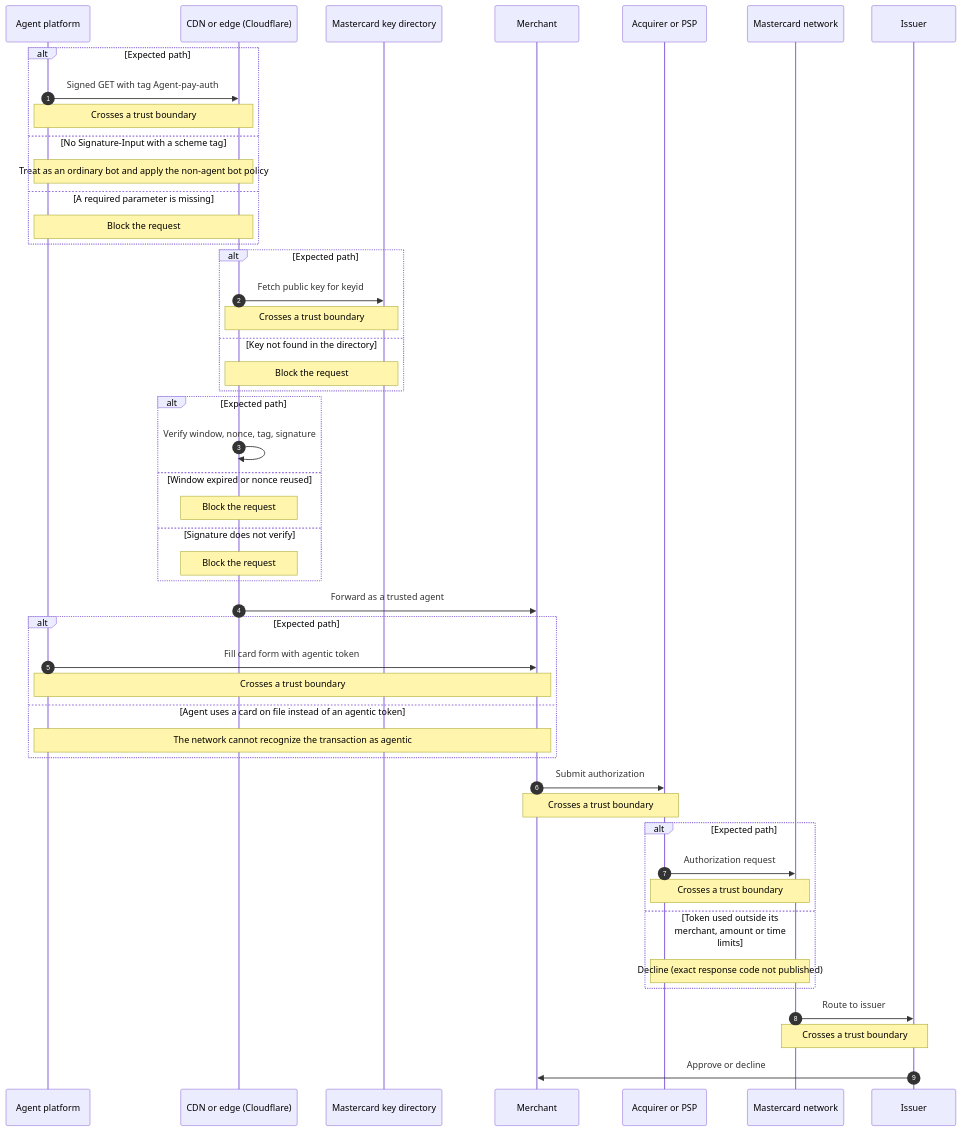
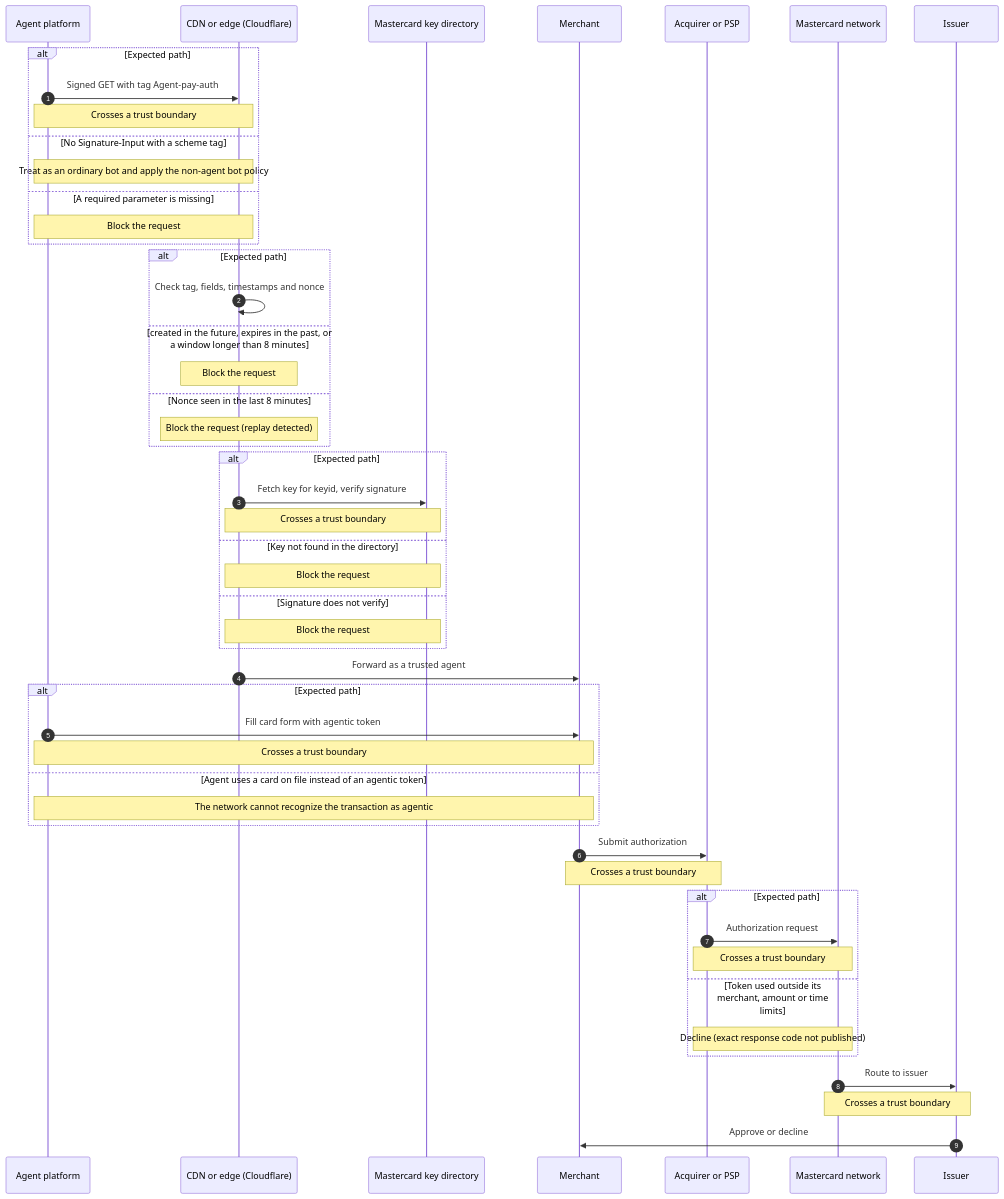
The diagram in src/generated/mermaid/mastercard-agent-pay-level1-purchase.mmd (mercesAI/agentic-rails-atlas), drawn with Mermaid before and after one commit. The commit also changed 85 other files, not shown here.

Commit message:
fix(content): full Mastercard Agent Pay fact check with AP4M Early Access, MDES and liability wording

```diff
--- a/src/generated/mermaid/mastercard-agent-pay-level1-purchase.mmd
+++ b/src/generated/mermaid/mastercard-agent-pay-level1-purchase.mmd
@@ -1,50 +1,52 @@
 sequenceDiagram
   accTitle: Agent Pay Level 1 purchase with edge verification
-  accDescr: Sequence diagram: Agent Pay Level 1 purchase with edge verification. 7 participants: Agent platform, CDN or edge (Cloudflare), Mastercard key directory, Merchant, Acquirer or PSP, Mastercard network, and Issuer. 9 steps, 6 crossing a trust boundary, 7 failure branches. Based on mastercard-agent-pay Agent Pay developer guides (unversioned, read 2026-10-11) (2026-10-11). Step 1: Agent platform to CDN or edge (Cloudflare): Signed GET with tag Agent-pay-auth. This step crosses a trust boundary. If No Signature-Input with a scheme tag: Treat as an ordinary bot and apply the non-agent bot policy. If A required parameter is missing: Block the request. Step 2: CDN or edge (Cloudflare) to Mastercard key directory: Fetch public key for keyid. This step crosses a trust boundary. If Key not found in the directory: Block the request. Step 3: CDN or edge (Cloudflare) to CDN or edge (Cloudflare): Verify window, nonce, tag, signature. If Window expired or nonce reused: Block the request. If Signature does not verify: Block the request. Step 4: CDN or edge (Cloudflare) to Merchant: Forward as a trusted agent. Step 5: Agent platform to Merchant: Fill card form with agentic token. This step crosses a trust boundary. If Agent uses a card on file instead of an agentic token: The network cannot recognize the transaction as agentic. Step 6: Merchant to Acquirer or PSP: Submit authorization. This step crosses a trust boundary. Step 7: Acquirer or PSP to Mastercard network: Authorization request. This step crosses a trust boundary. If Token used outside its merchant, amount or time limits: Decline (exact response code not published). Step 8: Mastercard network to Issuer: Route to issuer. This step crosses a trust boundary. Step 9: Issuer to Merchant: Approve or decline.
+  accDescr: Sequence diagram: Agent Pay Level 1 purchase with edge verification. 7 participants: Agent platform, CDN or edge (Cloudflare), Mastercard key directory, Merchant, Acquirer or PSP, Mastercard network, and Issuer. 9 steps, 6 crossing a trust boundary, 8 failure branches. Based on mastercard-agent-pay Agent Pay developer guides (unversioned, read 2026-10-21) (2026-10-21). Step 1: Agent platform to CDN or edge (Cloudflare): Signed GET with tag Agent-pay-auth. This step crosses a trust boundary. If No Signature-Input with a scheme tag: Treat as an ordinary bot and apply the non-agent bot policy. If A required parameter is missing: Block the request. Step 2: CDN or edge (Cloudflare) to CDN or edge (Cloudflare): Check tag, fields, timestamps and nonce. If created in the future, expires in the past, or a window longer than 8 minutes: Block the request. If Nonce seen in the last 8 minutes: Block the request (replay detected). Step 3: CDN or edge (Cloudflare) to Mastercard key directory: Fetch key for keyid, verify signature. This step crosses a trust boundary. If Key not found in the directory: Block the request. If Signature does not verify: Block the request. Step 4: CDN or edge (Cloudflare) to Merchant: Forward as a trusted agent. Step 5: Agent platform to Merchant: Fill card form with agentic token. This step crosses a trust boundary. If Agent uses a card on file instead of an agentic token: The network cannot recognize the transaction as agentic. Step 6: Merchant to Acquirer or PSP: Submit authorization. This step crosses a trust boundary. Step 7: Acquirer or PSP to Mastercard network: Authorization request. This step crosses a trust boundary. If Token used outside its merchant, amount or time limits: Decline (exact response code not published). Step 8: Mastercard network to Issuer: Route to issuer. This step crosses a trust boundary. Step 9: Issuer to Merchant: Approve or decline.
   autonumber
   participant p_agent as Agent platform
   participant p_cdn as CDN or edge (Cloudflare)
   participant p_directory as Mastercard key directory
   participant p_merchant as Merchant
   participant p_acquirer as Acquirer or PSP
   participant p_network as Mastercard network
   participant p_issuer as Issuer
   alt Expected path
     p_agent->>p_cdn: Signed GET with tag Agent-pay-auth
     Note over p_agent,p_cdn: Crosses a trust boundary
   else No Signature-Input with a scheme tag
     Note over p_agent,p_cdn: Treat as an ordinary bot and apply the non-agent bot policy
   else A required parameter is missing
     Note over p_agent,p_cdn: Block the request
   end
   alt Expected path
-    p_cdn->>p_directory: Fetch public key for keyid
+    p_cdn->>p_cdn: Check tag, fields, timestamps and nonce
+  else created in the future, expires in the past, or a window longer than 8 minutes
+    Note over p_cdn: Block the request
+  else Nonce seen in the last 8 minutes
+    Note over p_cdn: Block the request (replay detected)
+  end
+  alt Expected path
+    p_cdn->>p_directory: Fetch key for keyid, verify signature
     Note over p_cdn,p_directory: Crosses a trust boundary
   else Key not found in the directory
     Note over p_cdn,p_directory: Block the request
-  end
-  alt Expected path
-    p_cdn->>p_cdn: Verify window, nonce, tag, signature
-  else Window expired or nonce reused
-    Note over p_cdn: Block the request
   else Signature does not verify
-    Note over p_cdn: Block the request
+    Note over p_cdn,p_directory: Block the request
   end
   p_cdn->>p_merchant: Forward as a trusted agent
   alt Expected path
     p_agent->>p_merchant: Fill card form with agentic token
     Note over p_agent,p_merchant: Crosses a trust boundary
   else Agent uses a card on file instead of an agentic token
     Note over p_agent,p_merchant: The network cannot recognize the transaction as agentic
   end
   p_merchant->>p_acquirer: Submit authorization
   Note over p_merchant,p_acquirer: Crosses a trust boundary
   alt Expected path
     p_acquirer->>p_network: Authorization request
     Note over p_acquirer,p_network: Crosses a trust boundary
   else Token used outside its merchant, amount or time limits
     Note over p_acquirer,p_network: Decline (exact response code not published)
   end
   p_network->>p_issuer: Route to issuer
   Note over p_network,p_issuer: Crosses a trust boundary
   p_issuer->>p_merchant: Approve or decline
```
